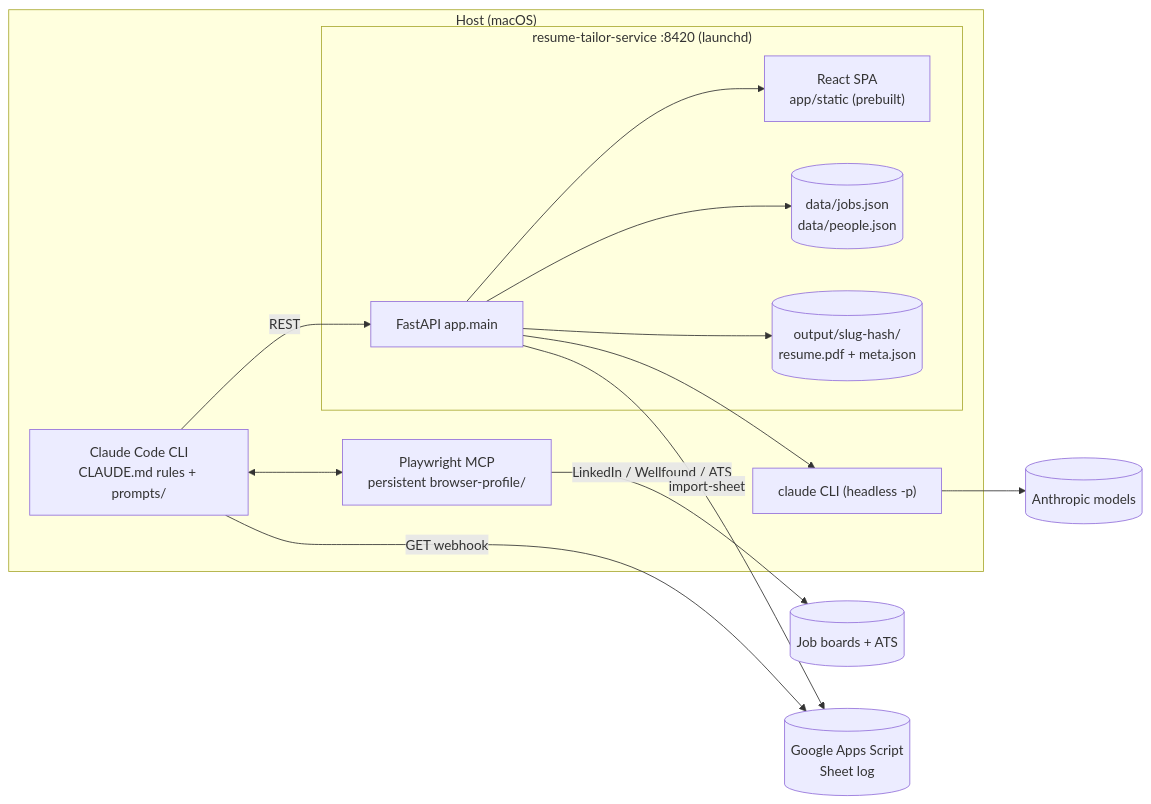
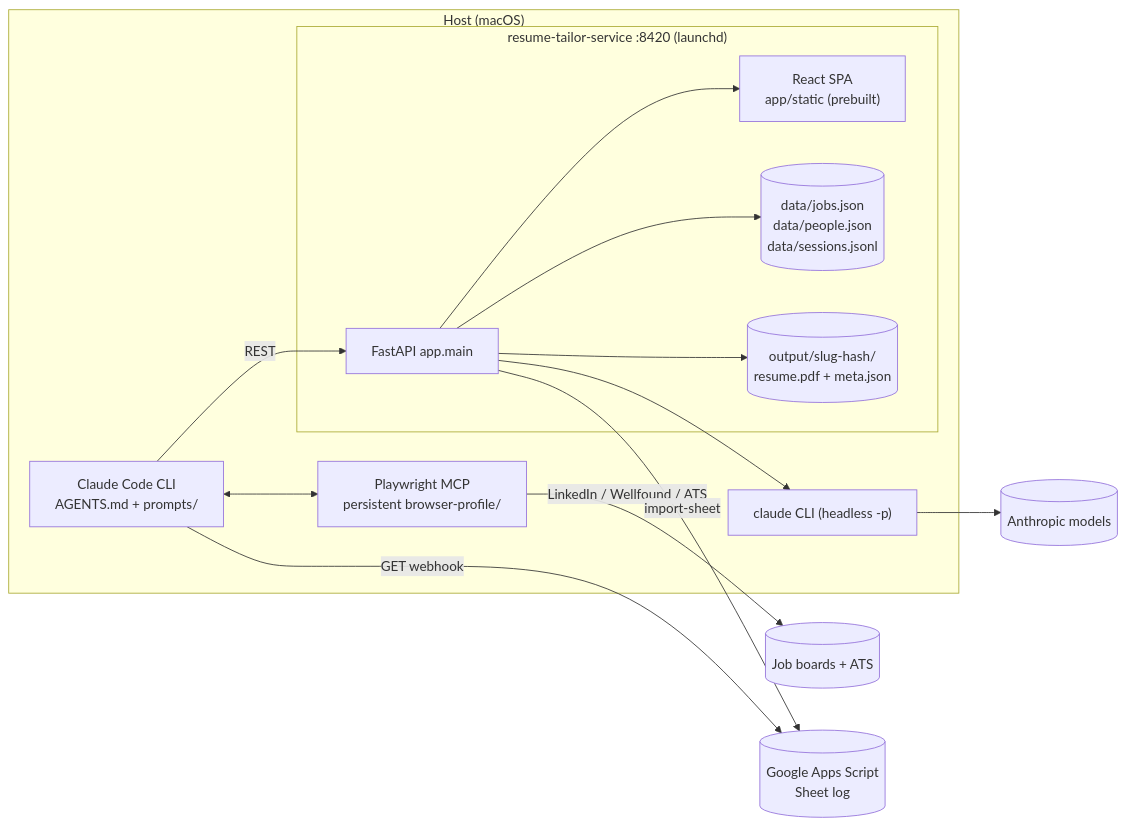
Before and after one commit to Harshksaw/job-machine: the first of 4 diagrams in docs/ARCHITECTURE.md, drawn with Mermaid. The commit also changed other lines of this file and 51 other files, not shown here.

````diff
--- a/docs/ARCHITECTURE.md
+++ b/docs/ARCHITECTURE.md
@@ -25,25 +25,25 @@
 ```mermaid
 flowchart LR
   subgraph host["Host (macOS)"]
-    CC["Claude Code CLI<br/>CLAUDE.md rules + prompts/"]
+    CC["Claude Code CLI<br/>AGENTS.md + prompts/"]
     PW["Playwright MCP<br/>persistent browser-profile/"]
     subgraph svc["resume-tailor-service :8420 (launchd)"]
       API["FastAPI app.main"]
       SPA["React SPA<br/>app/static (prebuilt)"]
-      STORE[("data/jobs.json<br/>data/people.json")]
+      STORE[("data/jobs.json<br/>data/people.json<br/>data/sessions.jsonl")]
       OUT[("output/slug-hash/<br/>resume.pdf + meta.json")]
     end
     CLI["claude CLI (headless -p)"]
   end
 
   CC <--> PW
   PW -->|LinkedIn / Wellfound / ATS| WEB[("Job boards + ATS")]
   CC -->|REST| API
   API --> STORE
   API --> OUT
   API --> CLI
   CLI --> ANT[("Anthropic models")]
   API --> SPA
   CC -->|GET webhook| GAS[("Google Apps Script<br/>Sheet log")]
   API -->|import-sheet| GAS
 ```
````
